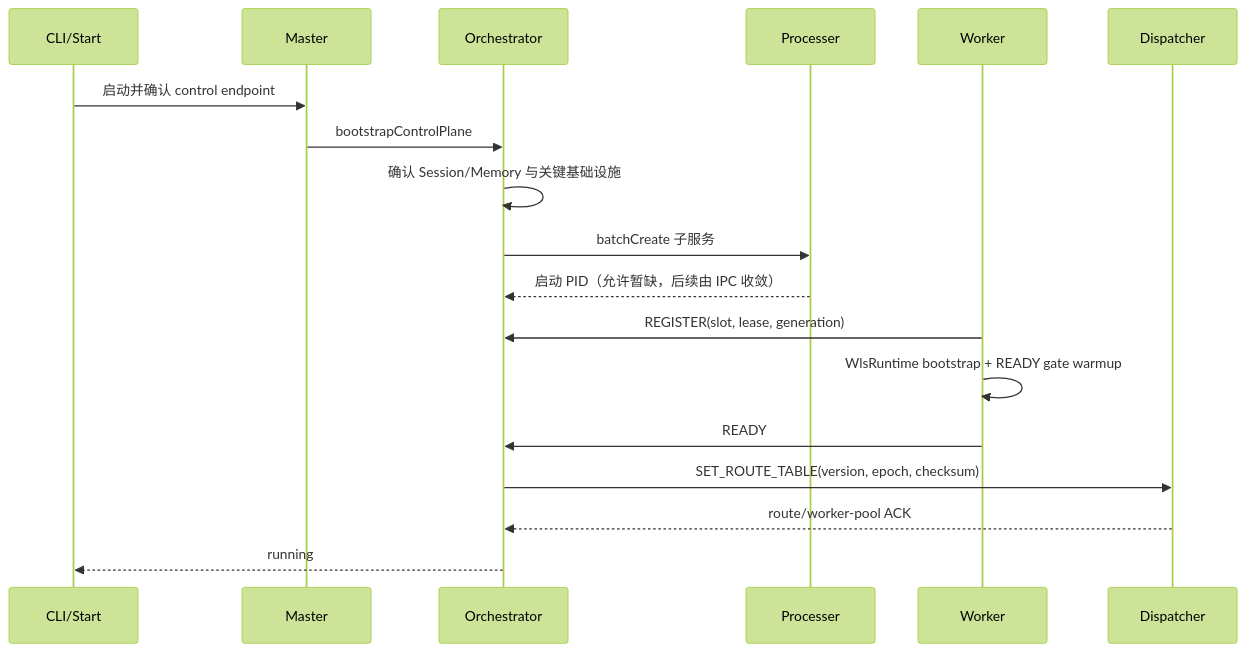
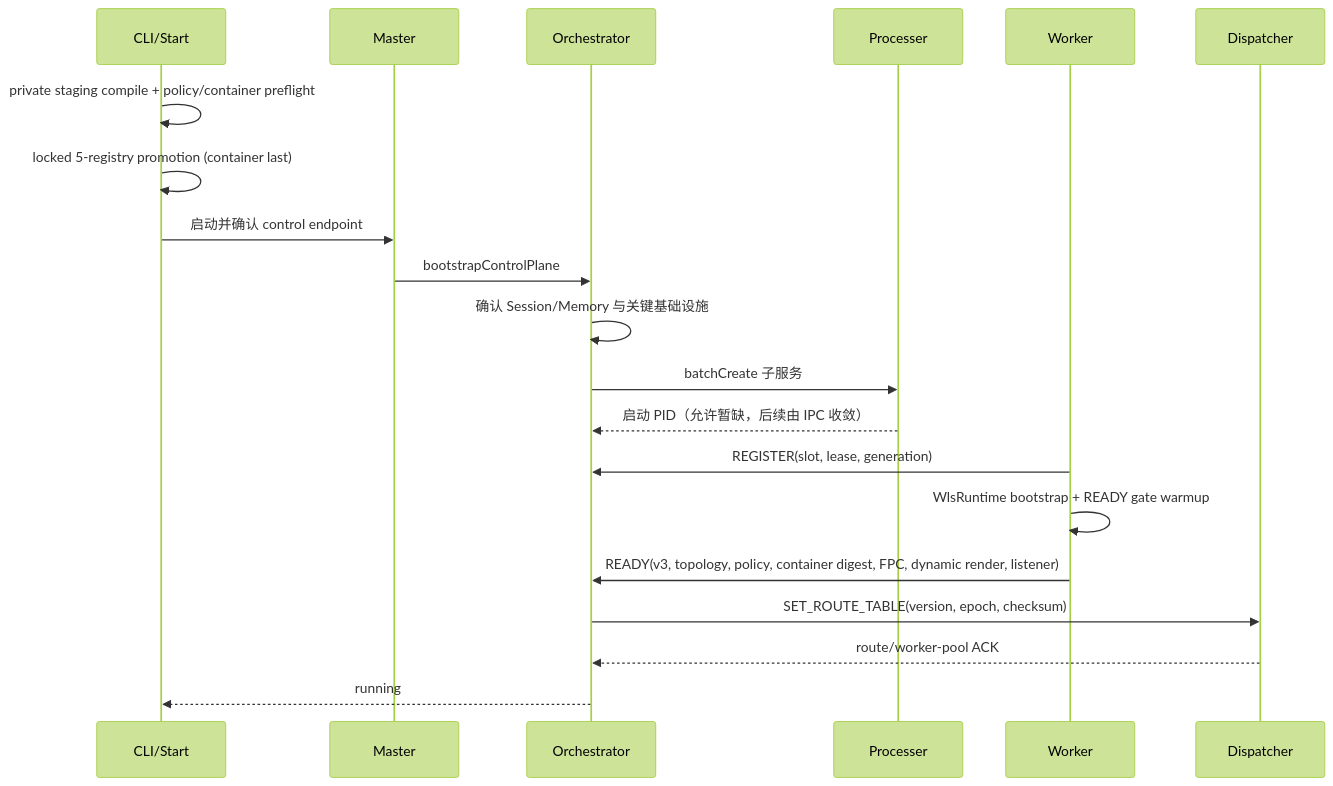
The second of 7 diagrams in app/code/Weline/Server/doc/WLS架构图.md (Aiweline/WelineFramework), drawn with Mermaid (forest theme) before and after one commit. The commit also changed other lines of this file and 1926 other files, not shown here.

Commit message:
feat: implement WelineFramework 2.0 runtime architecture

````diff
--- a/app/code/Weline/Server/doc/WLS架构图.md
+++ b/app/code/Weline/Server/doc/WLS架构图.md
@@ -46,21 +52,23 @@
 ```mermaid
 sequenceDiagram
   participant C as CLI/Start
   participant M as Master
   participant O as Orchestrator
   participant P as Processer
   participant W as Worker
   participant D as Dispatcher
 
+  C->>C: private staging compile + policy/container preflight
+  C->>C: locked 5-registry promotion (container last)
   C->>M: 启动并确认 control endpoint
   M->>O: bootstrapControlPlane
   O->>O: 确认 Session/Memory 与关键基础设施
   O->>P: batchCreate 子服务
   P-->>O: 启动 PID（允许暂缺，后续由 IPC 收敛）
   W->>O: REGISTER(slot, lease, generation)
   W->>W: WlsRuntime bootstrap + READY gate warmup
-  W->>O: READY
+  W->>O: READY(v3, topology, policy, container digest, FPC, dynamic render, listener)
   O->>D: SET_ROUTE_TABLE(version, epoch, checksum)
   D-->>O: route/worker-pool ACK
   O-->>C: running
 ```
````
